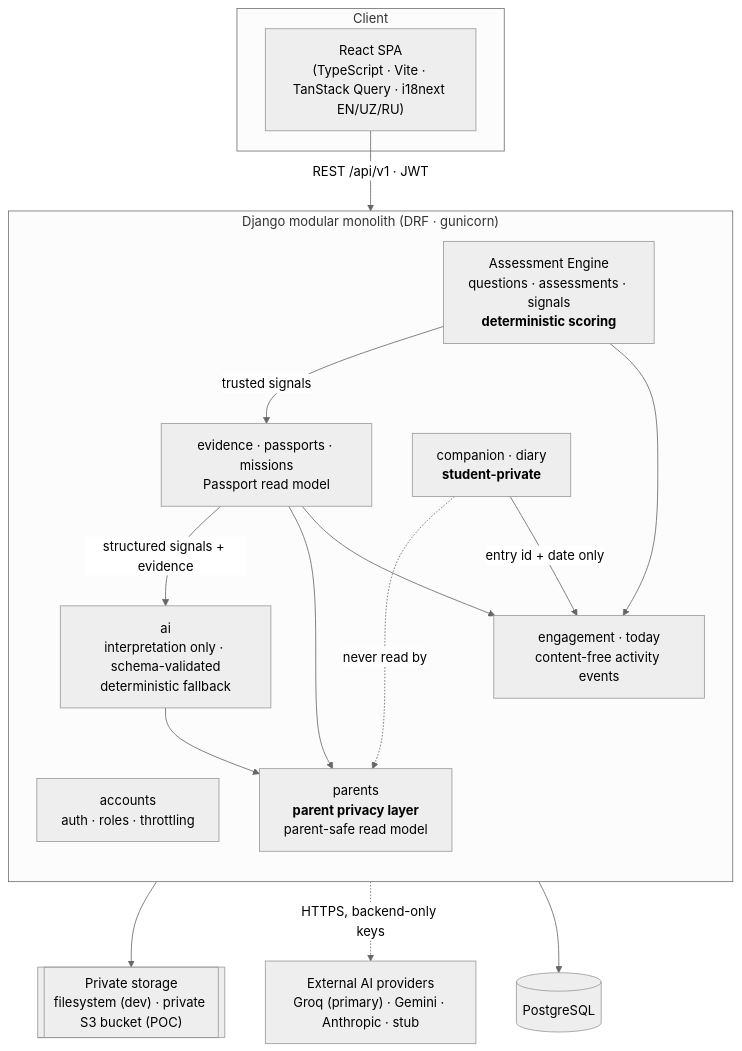
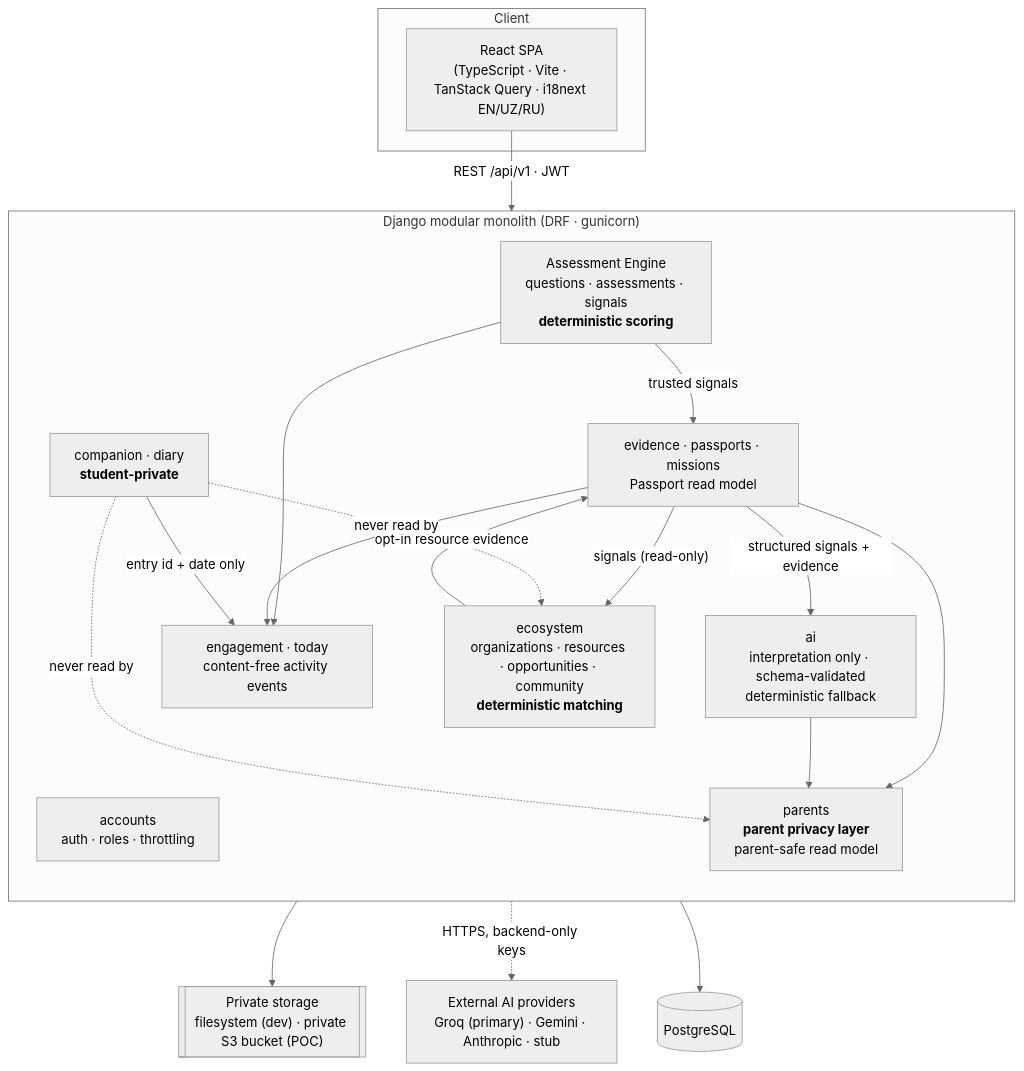
Before and after one commit to ziacodes1/gifted-mvp: the diagram in gifted_mvp/ARCHITECTURE.md, drawn with Mermaid (neutral theme). The commit also changed other lines of this file and 58 other files, not shown here.

Commit message:
Add resources, opportunities and community ecosystem

````diff
--- a/gifted_mvp/ARCHITECTURE.md
+++ b/gifted_mvp/ARCHITECTURE.md
@@ -6,32 +6,36 @@
 ```mermaid
 flowchart TB
     subgraph Client
         SPA["React SPA<br/>(TypeScript · Vite · TanStack Query · i18next EN/UZ/RU)"]
     end
 
     SPA -->|"REST /api/v1 · JWT"| API
 
     subgraph API["Django modular monolith (DRF · gunicorn)"]
         direction TB
         AUTH["accounts<br/>auth · roles · throttling"]
         ENGINE["Assessment Engine<br/>questions · assessments · signals<br/><b>deterministic scoring</b>"]
         EVID["evidence · passports · missions<br/>Passport read model"]
         AI["ai<br/>interpretation only · schema-validated<br/>deterministic fallback"]
         PARENT["parents<br/><b>parent privacy layer</b><br/>parent-safe read model"]
         PRIVATE["companion · diary<br/><b>student-private</b>"]
         ENG["engagement · today<br/>content-free activity events"]
+        ECO["ecosystem<br/>organizations · resources · opportunities · community<br/><b>deterministic matching</b>"]
     end
 
     ENGINE -->|trusted signals| EVID
     EVID -->|structured signals + evidence| AI
     EVID --> PARENT
     AI --> PARENT
     PRIVATE -.->|"never read by"| PARENT
     ENGINE --> ENG
     EVID --> ENG
     PRIVATE -->|"entry id + date only"| ENG
+    EVID -->|"signals (read-only)"| ECO
+    ECO -->|"opt-in resource evidence"| EVID
+    PRIVATE -.->|"never read by"| ECO
 
     API --> DB[("PostgreSQL")]
     PRIVATE --> STORE[["Private storage<br/>filesystem (dev) · private S3 bucket (POC)"]]
     AI -.->|"HTTPS, backend-only keys"| PROVIDERS["External AI providers<br/>Groq (primary) · Gemini · Anthropic · stub"]
 ```
````
